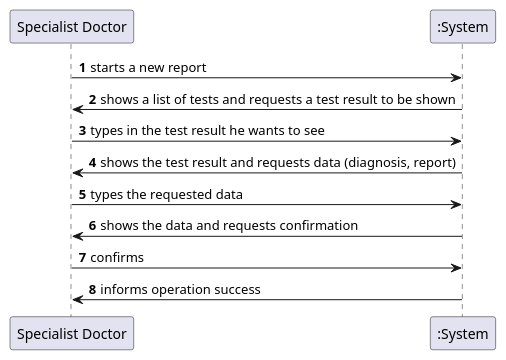
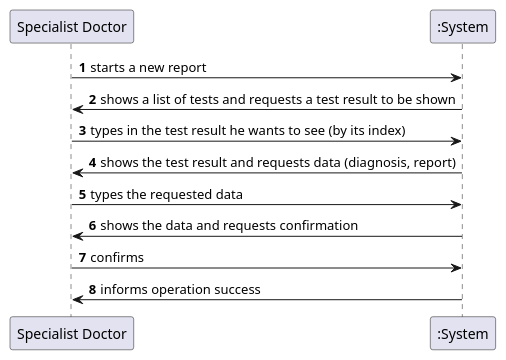
One commit to MadDinosaur/ISEP-LAPR2 changed the diagram in docs/SprintC/US14/US14_SSD.puml. Above: the diagram before and after it, drawn with PlantUML. The commit also changed 2 other files, not shown here.

```diff
--- a/docs/SprintC/US14/US14_SSD.puml
+++ b/docs/SprintC/US14/US14_SSD.puml
@@ -1,13 +1,13 @@
 @startuml
 
 autonumber
 
 "Specialist Doctor" -> ":System": starts a new report
 ":System" -> "Specialist Doctor": shows a list of tests and requests a test result to be shown
-"Specialist Doctor" -> ":System": types in the test result he wants to see
+"Specialist Doctor" -> ":System": types in the test result he wants to see (by its index)
 ":System" -> "Specialist Doctor": shows the test result and requests data (diagnosis, report)
 "Specialist Doctor" -> ":System": types the requested data
 ":System" -> "Specialist Doctor": shows the data and requests confirmation
 "Specialist Doctor" -> ":System": confirms
 ":System" -> "Specialist Doctor": informs operation success
 @enduml
```
